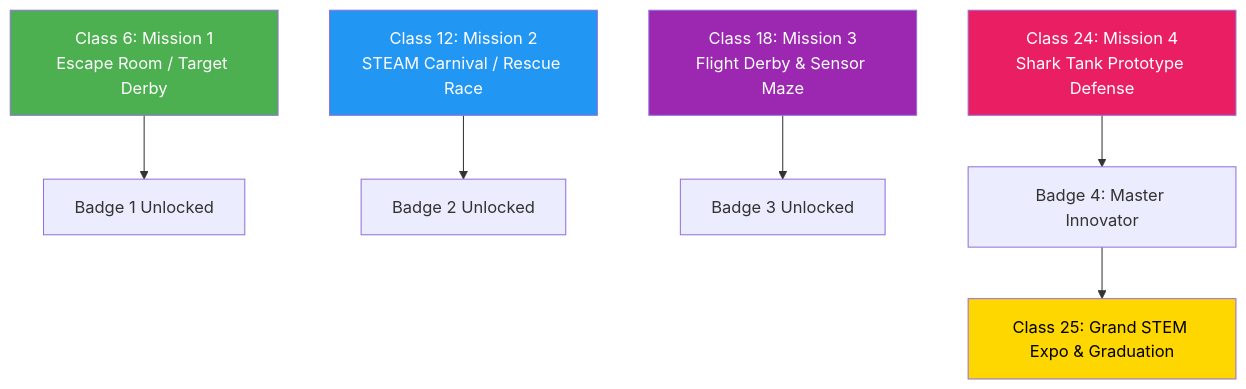
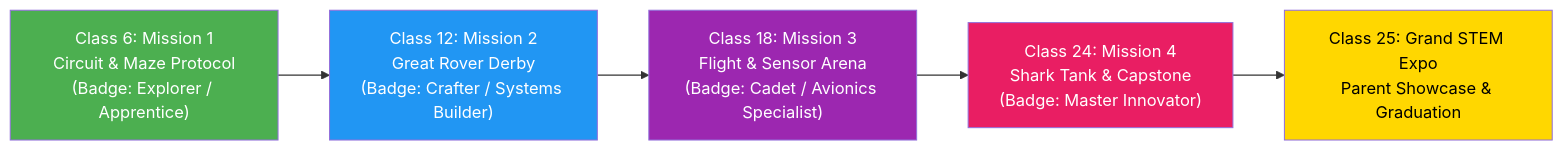
One commit to viz-lab-hue/Good-Soil changed the second of 2 diagrams in Curriculum/curriculum_plan.md. Above: the diagram before and after it, drawn with Mermaid. The commit also changed other lines of this file and 12 other files, not shown here.

````diff
--- a/Curriculum/curriculum_plan.md
+++ b/Curriculum/curriculum_plan.md
@@ -155,14 +134,14 @@
 ```mermaid
-graph TD
-    A1["Class 6: Mission 1<br/>Escape Room / Target Derby"] --> B1["Badge 1 Unlocked"]
-    A2["Class 12: Mission 2<br/>STEAM Carnival / Rescue Race"] --> B2["Badge 2 Unlocked"]
-    A3["Class 18: Mission 3<br/>Flight Derby & Sensor Maze"] --> B3["Badge 3 Unlocked"]
-    A4["Class 24: Mission 4<br/>Shark Tank Prototype Defense"] --> B4["Badge 4: Master Innovator"]
-    B4 --> EXPO["Class 25: Grand STEM Expo & Graduation"]
+graph LR
+    A1["Class 6: Mission 1<br/>Circuit & Maze Protocol<br/>(Badge: Explorer / Apprentice)"] 
+    --> A2["Class 12: Mission 2<br/>Great Rover Derby<br/>(Badge: Crafter / Systems Builder)"]
+    --> A3["Class 18: Mission 3<br/>Flight & Sensor Arena<br/>(Badge: Cadet / Avionics Specialist)"]
+    --> A4["Class 24: Mission 4<br/>Shark Tank & Capstone<br/>(Badge: Master Innovator)"]
+    --> EXPO["Class 25: Grand STEM Expo<br/>Parent Showcase & Graduation"]
 
     style A1 fill:#4CAF50,color:#fff
     style A2 fill:#2196F3,color:#fff
     style A3 fill:#9C27B0,color:#fff
     style A4 fill:#E91E63,color:#fff
     style EXPO fill:#FFD700,color:#000
 ```
````
